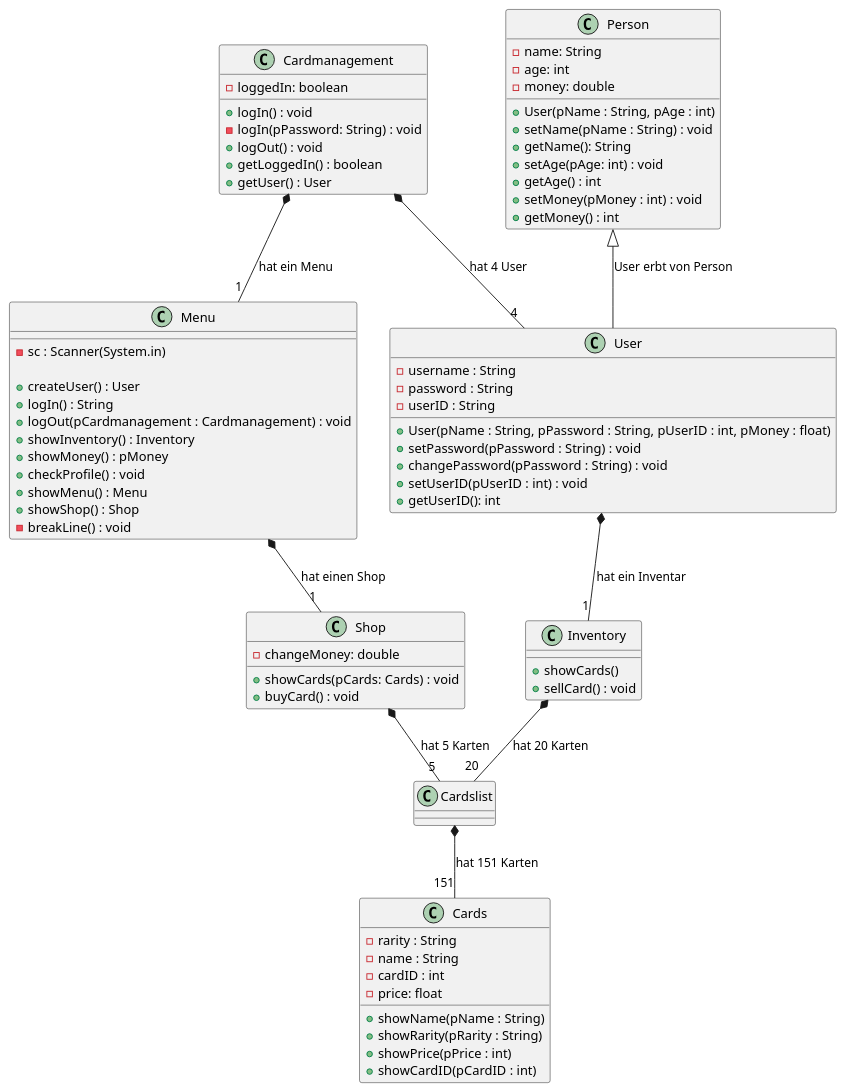
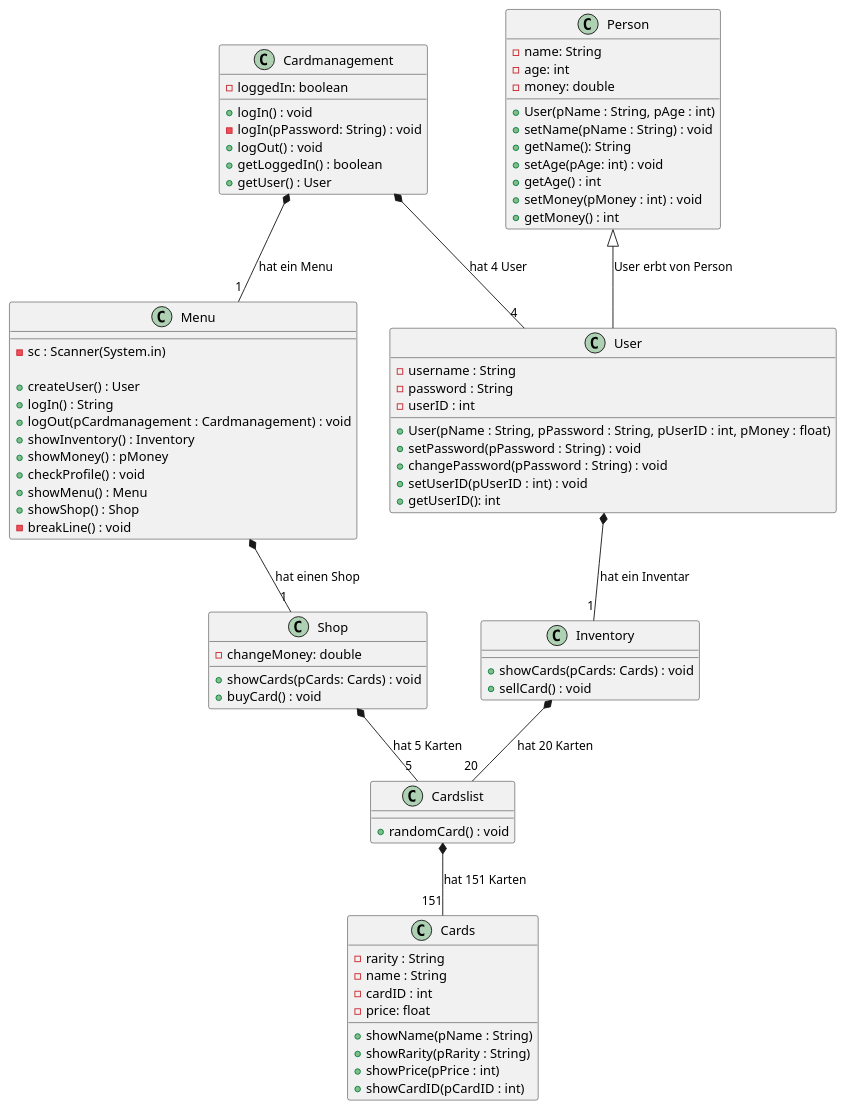
The diagram in Docs/Pflichtenheft/Diagramme/Klassendiagramm-Card.iuml (HEBK-BGM/Verwaltungssoftware_Team_4), drawn with PlantUML before and after one commit. The commit also changed 1 other file, not shown here.

```diff
--- a/Docs/Pflichtenheft/Diagramme/Klassendiagramm-Card.iuml
+++ b/Docs/Pflichtenheft/Diagramme/Klassendiagramm-Card.iuml
@@ -1,105 +1,106 @@
 @startuml Klassendiagramm
 
 class Cardmanagement{
     -loggedIn: boolean
     +logIn() : void
     -logIn(pPassword: String) : void
     +logOut() : void
     +getLoggedIn() : boolean
     +getUser() : User
 
 
 
 }
 
 
 class Menu{
     -sc : Scanner(System.in)
 
     +createUser() : User
     +logIn() : String
     +logOut(pCardmanagement : Cardmanagement) : void
     +showInventory() : Inventory
     +showMoney() : pMoney
     +checkProfile() : void
     +showMenu() : Menu
     +showShop() : Shop
     -breakLine() : void
 
 
 }
 
 
 class Shop{
     -changeMoney: double
 
     
     +showCards(pCards: Cards) : void
     +buyCard() : void
 
 }
 
 
 class User{
     -username : String
     -password : String
-    -userID : String
+    -userID : int
 
 
     +User(pName : String, pPassword : String, pUserID : int, pMoney : float)
     +setPassword(pPassword : String) : void
     +changePassword(pPassword : String) : void
     +setUserID(pUserID : int) : void
     +getUserID(): int
 
 }
 
 
 class Person{
     -name: String
     -age: int
     -money: double
 
     +User(pName : String, pAge : int)
     +setName(pName : String) : void
     +getName(): String
     +setAge(pAge: int) : void
     +getAge() : int
     +setMoney(pMoney : int) : void
     +getMoney() : int
 }
 
 
 class Cards{
     -rarity : String
     -name : String
     -cardID : int
     -price: float
 
     +showName(pName : String)
     +showRarity(pRarity : String)
     +showPrice(pPrice : int)
     +showCardID(pCardID : int)
 
 }
 
 
 class Inventory{
-    +showCards()
+    +showCards(pCards: Cards) : void
     +sellCard() : void
 }
 
 
 class Cardslist{
+    +randomCard() : void
 }
 
 Cardmanagement *-- "1" Menu : hat ein Menu
 User *-- "1" Inventory : hat ein Inventar
 Cardmanagement *-- "4" User : hat 4 User
 Menu *-- "1" Shop : hat einen Shop
 Shop *-- "5" Cardslist : hat 5 Karten 
 Inventory *-- "20" Cardslist : hat 20 Karten
 Cardslist *-- "151" Cards : hat 151 Karten
 Person <|-- User : User erbt von Person
 
 @enduml
```
